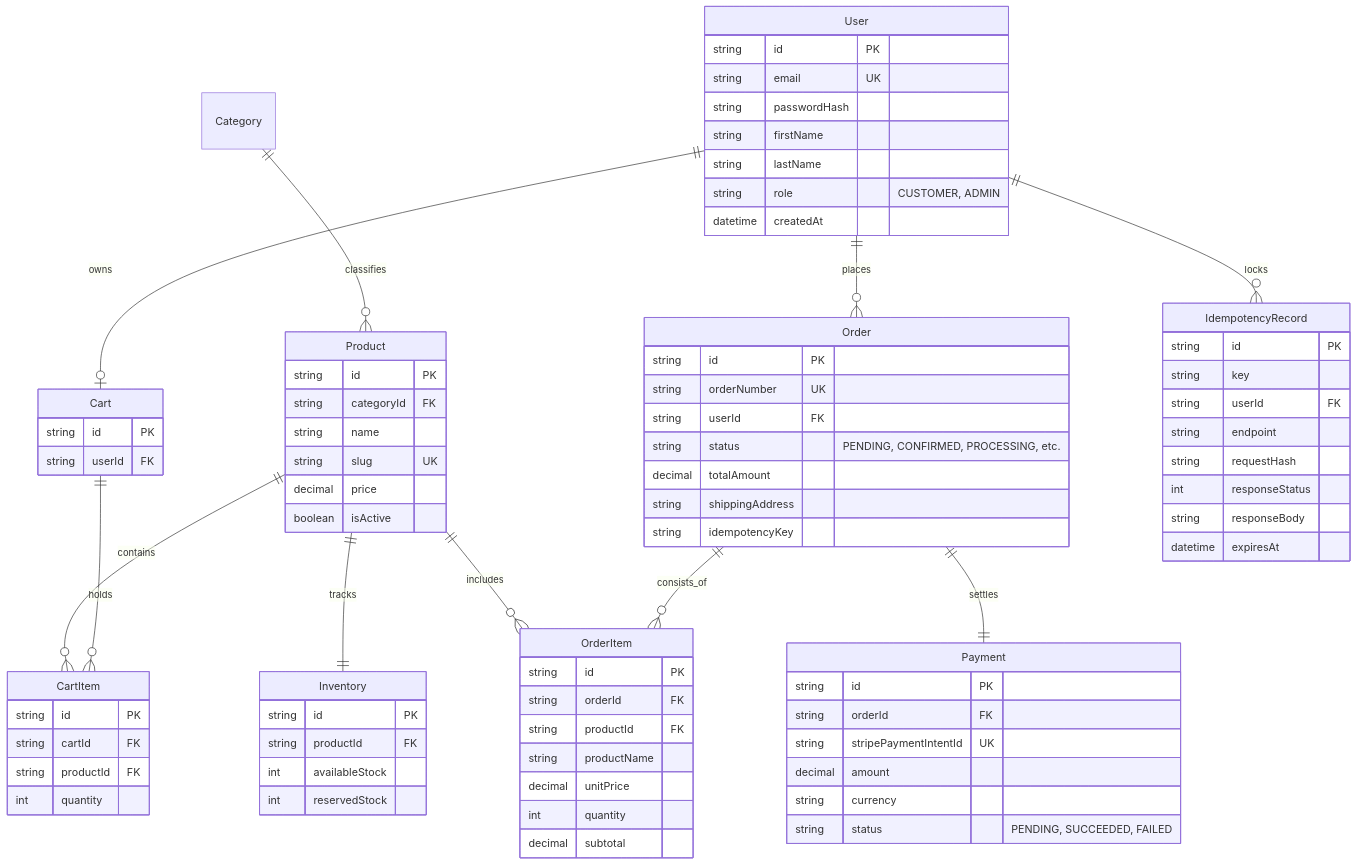
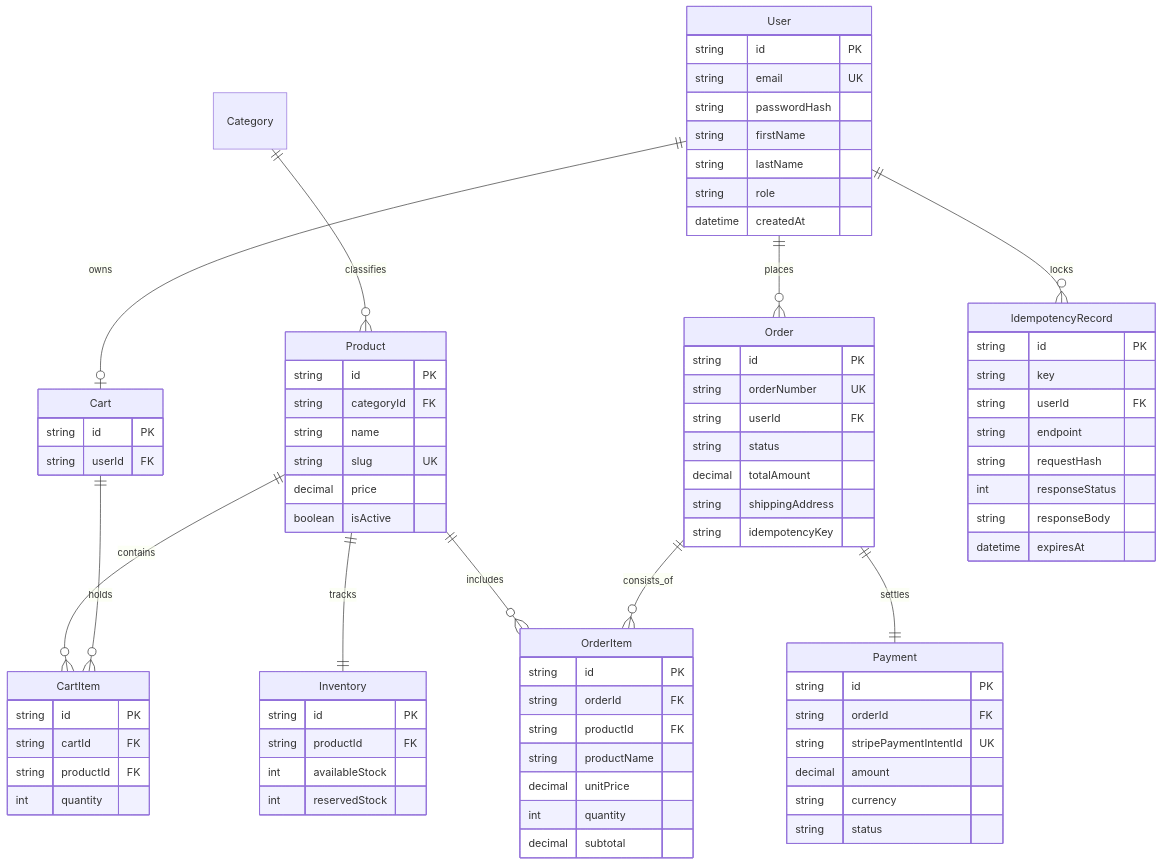
Before and after one commit to simran846/OrderFlow: the second of 2 diagrams in README.md, drawn with Mermaid. The commit also changed other lines of this file, not shown here.

Commit message:
fix(docs): eliminate all bidirectional arrow labels and comments in Mermaid diagrams

```diff
--- a/README.md
+++ b/README.md
@@ -122,7 +122,7 @@
         string passwordHash
         string firstName
         string lastName
-        string role "CUSTOMER, ADMIN"
+        string role
         datetime createdAt
     }
 
@@ -158,7 +158,7 @@
         string id PK
         string orderNumber UK
         string userId FK
-        string status "PENDING, CONFIRMED, PROCESSING, etc."
+        string status
         decimal totalAmount
         string shippingAddress
         string idempotencyKey
@@ -180,7 +180,7 @@
         string stripePaymentIntentId UK
         decimal amount
         string currency
-        string status "PENDING, SUCCEEDED, FAILED"
+        string status
     }
 
     IdempotencyRecord {
```
